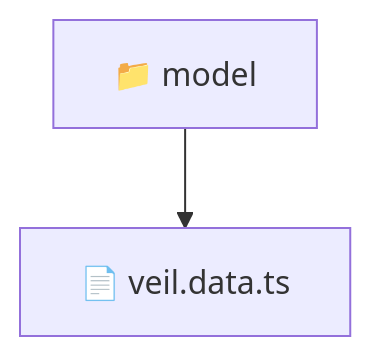
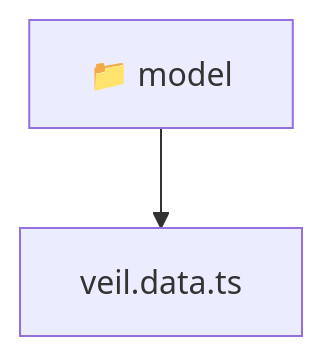
Before and after one commit to beginwebdev2002/fullstack-mavluda: the diagram in frontend/src/features/veil/model/README.md, drawn with Mermaid. The commit also changed other lines of this file and 167 other files, not shown here.

````diff
--- a/frontend/src/features/veil/model/README.md
+++ b/frontend/src/features/veil/model/README.md
@@ -11,5 +11,6 @@
 ```mermaid
 graph TD
-  Root["📁 model"]
-  Root --> veil_data_ts["📄 veil.data.ts"]
+  Root_model["📁 model"]
+  f_veil_data_ts["veil.data.ts"]
+  Root_model --> f_veil_data_ts
 ```
````
